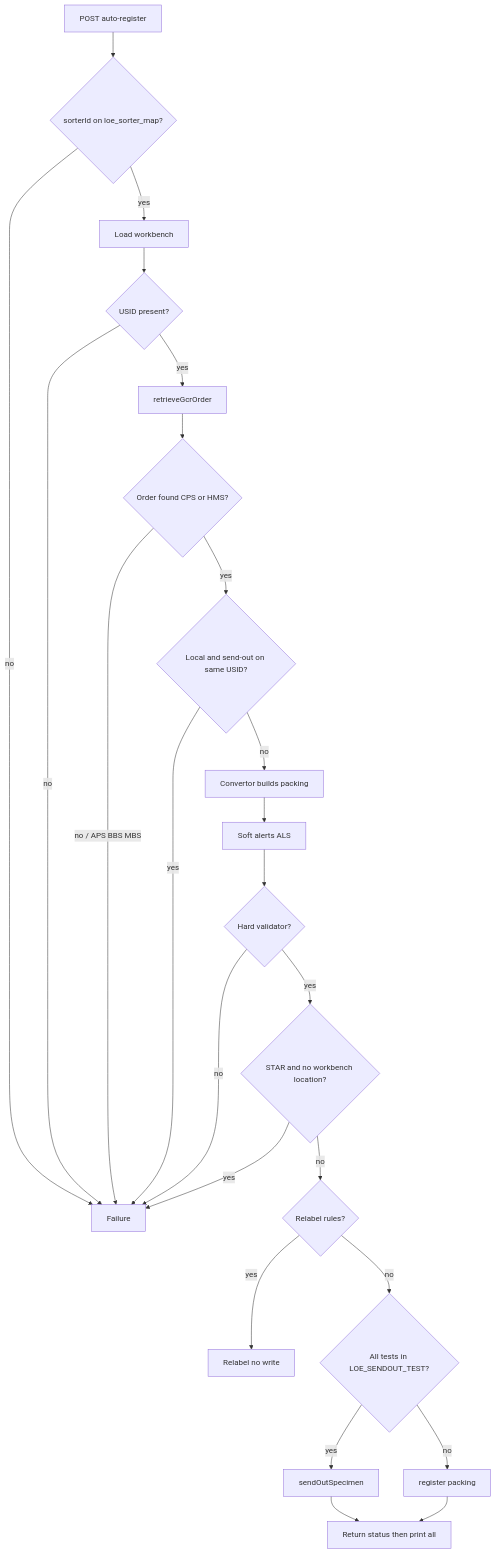
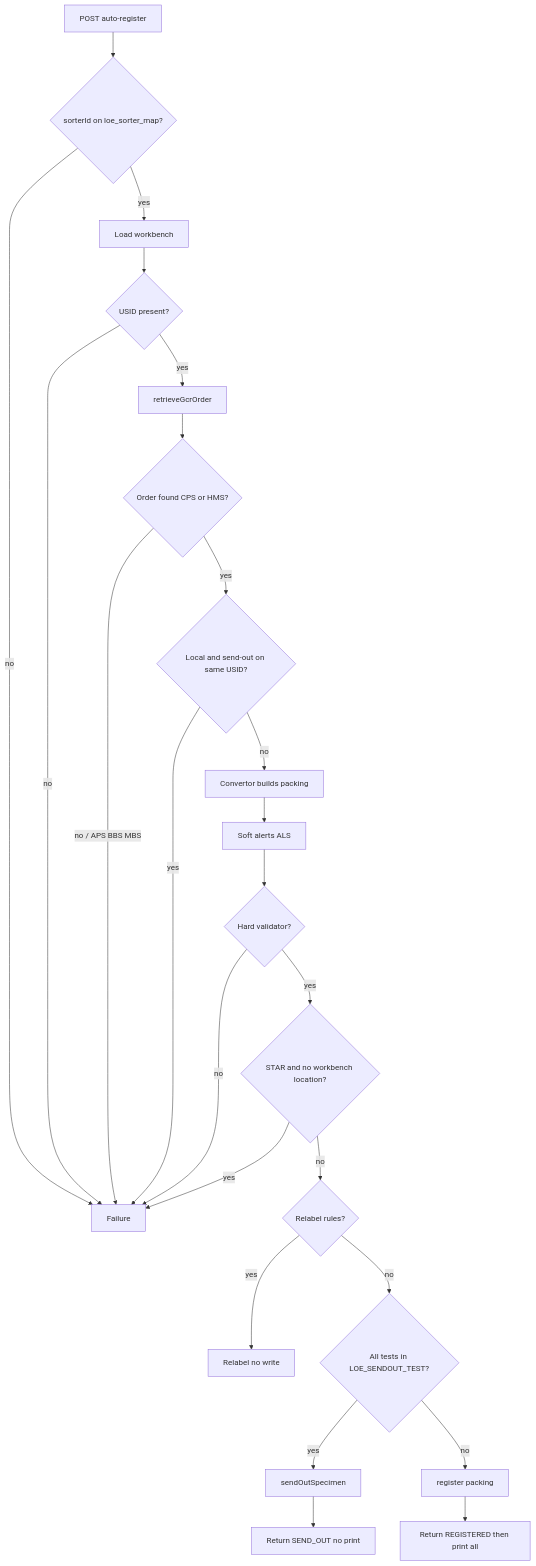
One commit to DragonChong/HA-Notes changed the second of 2 diagrams in SDLC/Projects/TMP-specimen-sorter-api — Specimen Sorter API/02 System Design.md. Above: the diagram before and after it, drawn with Mermaid. The commit also changed other lines of this file and 1 other file, not shown here.

````diff
--- a/SDLC/Projects/TMP-specimen-sorter-api — Specimen Sorter API/02 System Design.md
+++ b/SDLC/Projects/TMP-specimen-sorter-api — Specimen Sorter API/02 System Design.md
@@ -141,26 +141,26 @@
 ```mermaid
 flowchart TD
     start[POST auto-register] --> map{sorterId on loe_sorter_map?}
     map -->|no| fail[Failure]
     map -->|yes| wb[Load workbench]
     wb --> usid{USID present?}
     usid -->|no| fail
     usid -->|yes| ret[retrieveGcrOrder]
     ret --> found{Order found CPS or HMS?}
     found -->|no / APS BBS MBS| fail
     found -->|yes| mix{Local and send-out on same USID?}
     mix -->|yes| fail
     mix -->|no| cvt[Convertor builds packing]
     cvt --> soft[Soft alerts ALS]
     soft --> hard{Hard validator?}
     hard -->|no| fail
     hard -->|yes| star{STAR and no workbench location?}
     star -->|yes| fail
     star -->|no| relabel{Relabel rules?}
     relabel -->|yes| rel[Relabel no write]
     relabel -->|no| so{All tests in LOE_SENDOUT_TEST?}
     so -->|yes| send[sendOutSpecimen]
     so -->|no| reg[register packing]
-    send --> post[Return status then print all]
-    reg --> post
+    send --> doneSo[Return SEND_OUT no print]
+    reg --> post[Return REGISTERED then print all]
 ```
````
